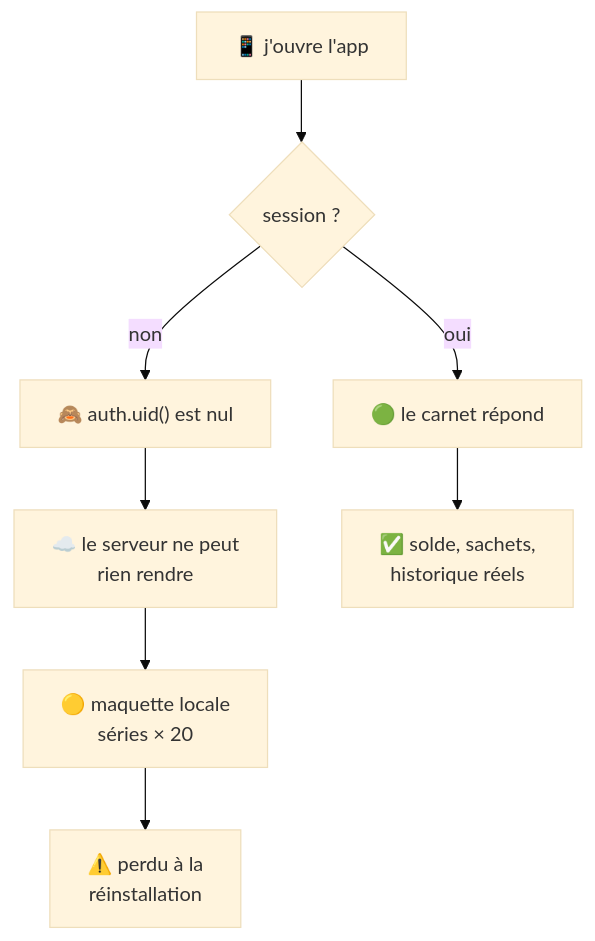
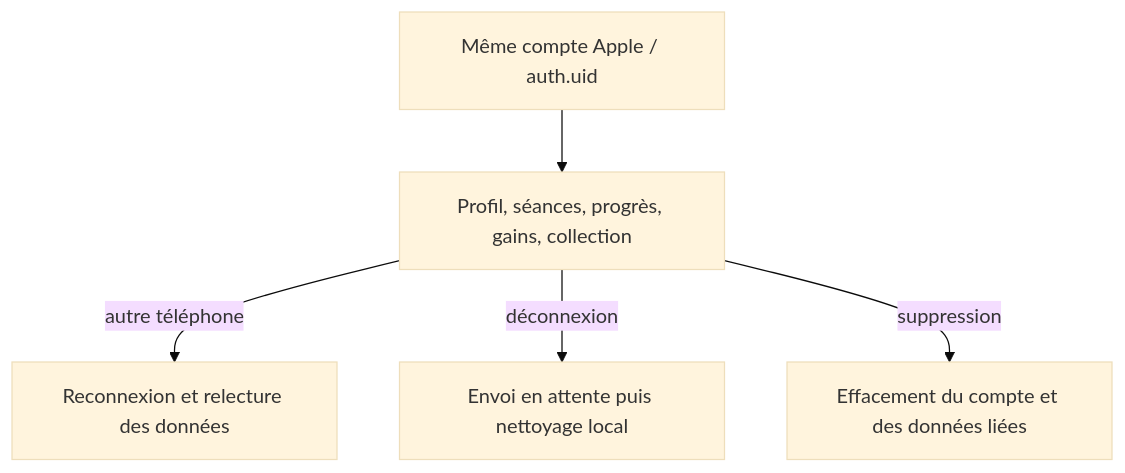
One commit to kitkath1/nosfy-ios changed the diagram in docs/site/content/schemas/porte-2-pourquoi-ca-commande-tout.mmd. Above: the diagram before and after it, drawn with Mermaid (base theme). The commit also changed 78 other files, not shown here.

```diff
--- a/docs/site/content/schemas/porte-2-pourquoi-ca-commande-tout.mmd
+++ b/docs/site/content/schemas/porte-2-pourquoi-ca-commande-tout.mmd
@@ -1,11 +1,6 @@
 flowchart TD
-  A["📱 j'ouvre l'app"] --> B{"session ?"}
-  B -- non --> C["🙈 auth.uid() est nul"]
-  C --> D["☁️ le serveur ne peut<br/>rien rendre"]
-  D --> E["🟡 maquette locale<br/>séries × 20"]
-  E --> F["⚠️ perdu à la<br/>réinstallation"]
-  B -- oui --> G["🟢 le carnet répond"]
-  G --> H["✅ solde, sachets,<br/>historique réels"]
-  class C,D,E loc
-  class F bad
-  class G,H ok
+  A["Même compte Apple / auth.uid"] --> B["Profil, séances, progrès, gains, collection"]
+  B -- "autre téléphone" --> C["Reconnexion et relecture des données"]
+  B -- "déconnexion" --> D["Envoi en attente puis nettoyage local"]
+  B -- "suppression" --> E["Effacement du compte et des données liées"]
+  class A,B,C,D,E ok
```
